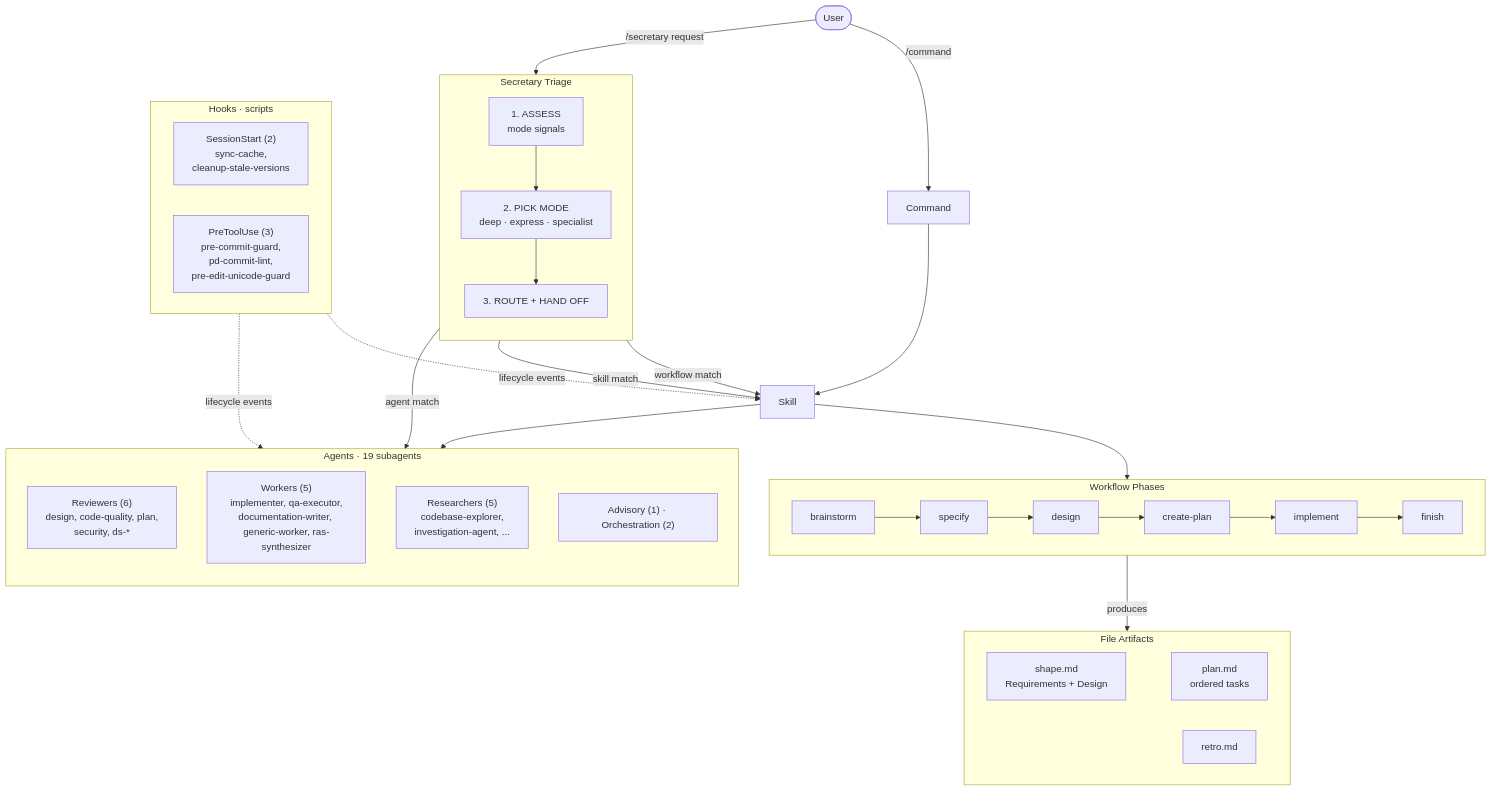
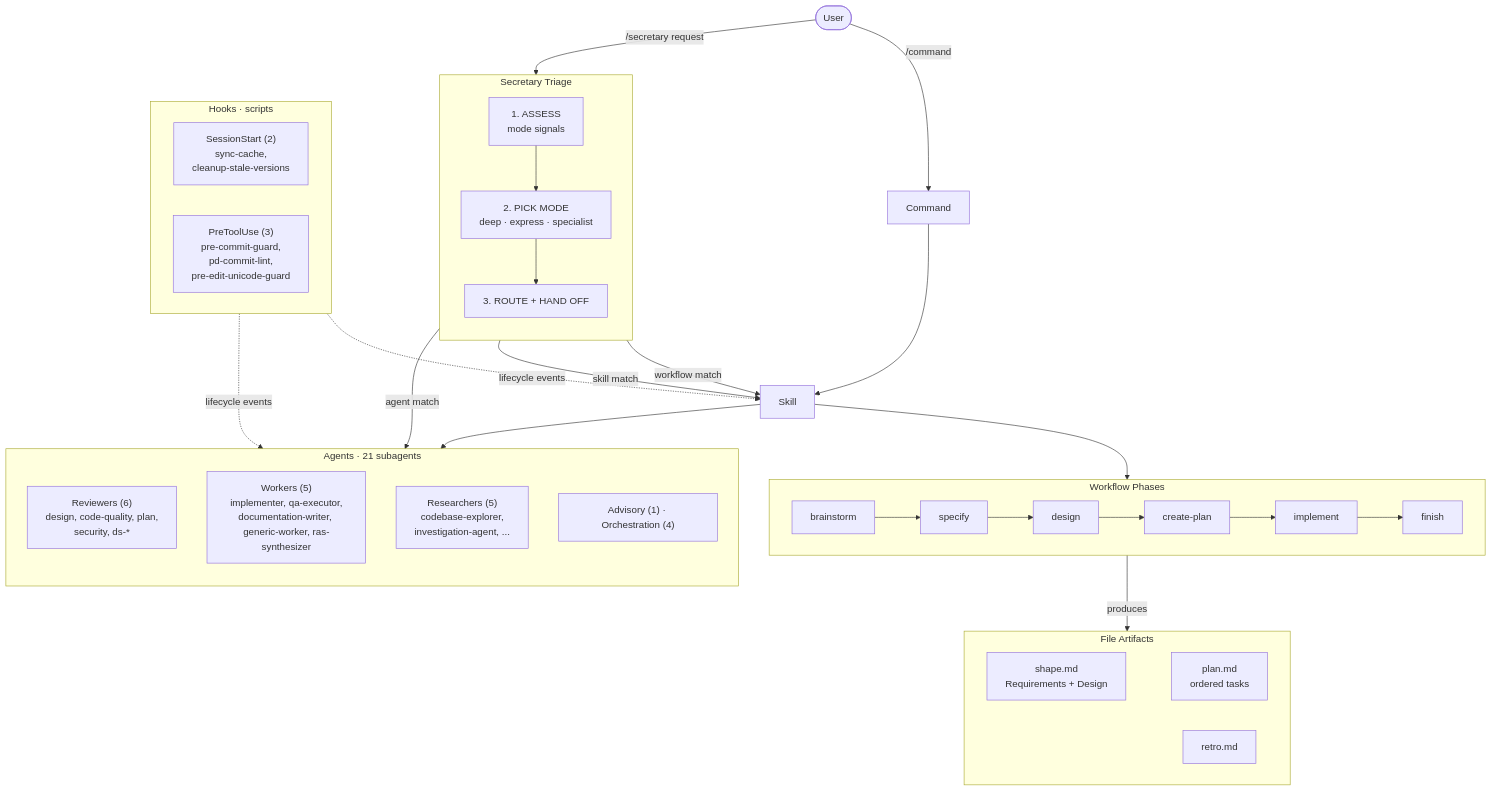
Before and after one commit to clthuang/pedantic-drip: the diagram in README_FOR_DEV.md, drawn with Mermaid. The commit also changed other lines of this file and 12 other files, not shown here.

````diff
--- a/README_FOR_DEV.md
+++ b/README_FOR_DEV.md
@@ -124,50 +124,50 @@
 ```mermaid
 flowchart TD
     U([User]) -->|"/command"| CMD[Command]
     U -->|"/secretary request"| SEC
 
     subgraph SEC["Secretary Triage"]
         direction TB
         S1["1. ASSESS<br/>mode signals"] --> S2["2. PICK MODE<br/>deep · express · specialist"]
         S2 --> S7["3. ROUTE + HAND OFF"]
     end
 
     CMD --> SK[Skill]
     S7 -->|"workflow match"| SK
     S7 -->|"agent match"| AG
     S7 -->|"skill match"| SK
 
     subgraph WORKFLOW["Workflow Phases"]
         direction LR
         WF1[brainstorm] --> WF2[specify] --> WF3[design]
         WF3 --> WF4[create-plan] --> WF5[implement]
         WF5 --> WF6[finish]
     end
 
     SK --> WORKFLOW
     SK --> AG
 
-    subgraph AG["Agents · 19 subagents"]
+    subgraph AG["Agents · 21 subagents"]
         direction TB
         A1["Reviewers (6)<br/>design, code-quality, plan,<br/>security, ds-*"]
         A2["Workers (5)<br/>implementer, qa-executor,<br/>documentation-writer, generic-worker, ras-synthesizer"]
         A3["Researchers (5)<br/>codebase-explorer,<br/>investigation-agent, ..."]
-        A4["Advisory (1) · Orchestration (2)"]
+        A4["Advisory (1) · Orchestration (4)"]
     end
 
     WORKFLOW -->|"produces"| ART
 
     subgraph ART["File Artifacts"]
         F1["shape.md<br/>Requirements + Design"] ~~~ F2["plan.md<br/>ordered tasks"]
         F3[retro.md]
     end
 
     subgraph HOOKS["Hooks · scripts"]
         H1["SessionStart (2)<br/>sync-cache,<br/>cleanup-stale-versions"]
         H2["PreToolUse (3)<br/>pre-commit-guard,<br/>pd-commit-lint,<br/>pre-edit-unicode-guard"]
     end
 
     HOOKS -.->|"lifecycle events"| SK
     HOOKS -.->|"lifecycle events"| AG
 
 ```
````
